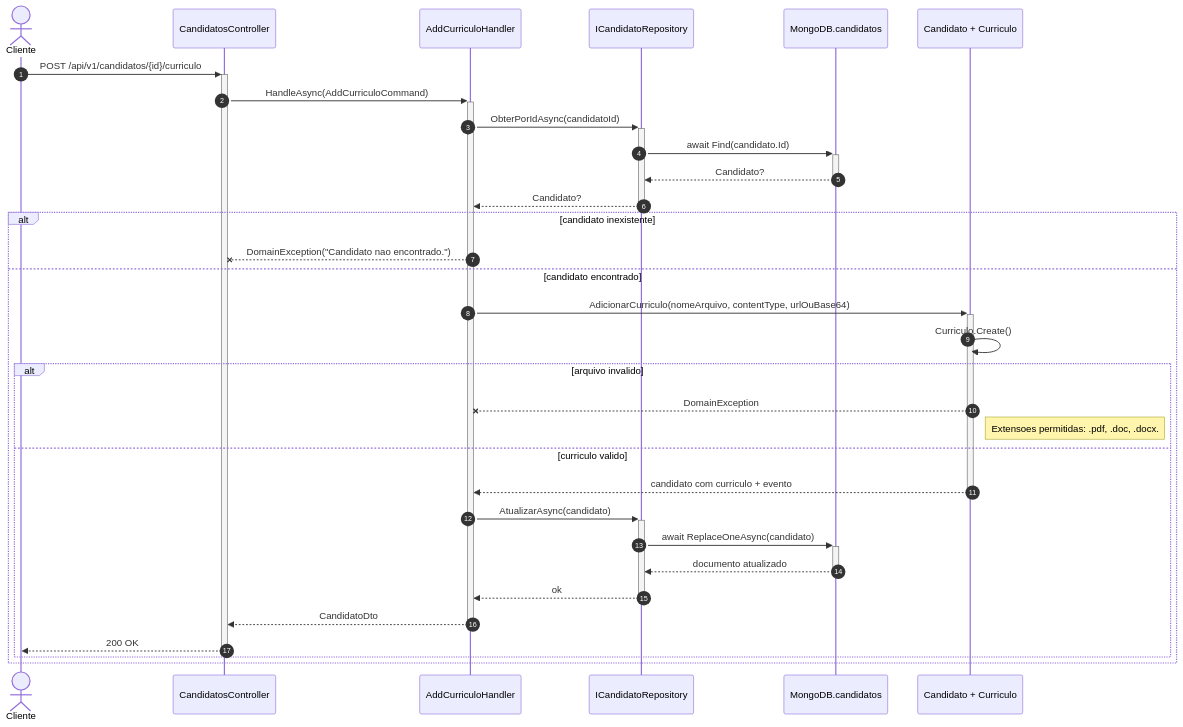
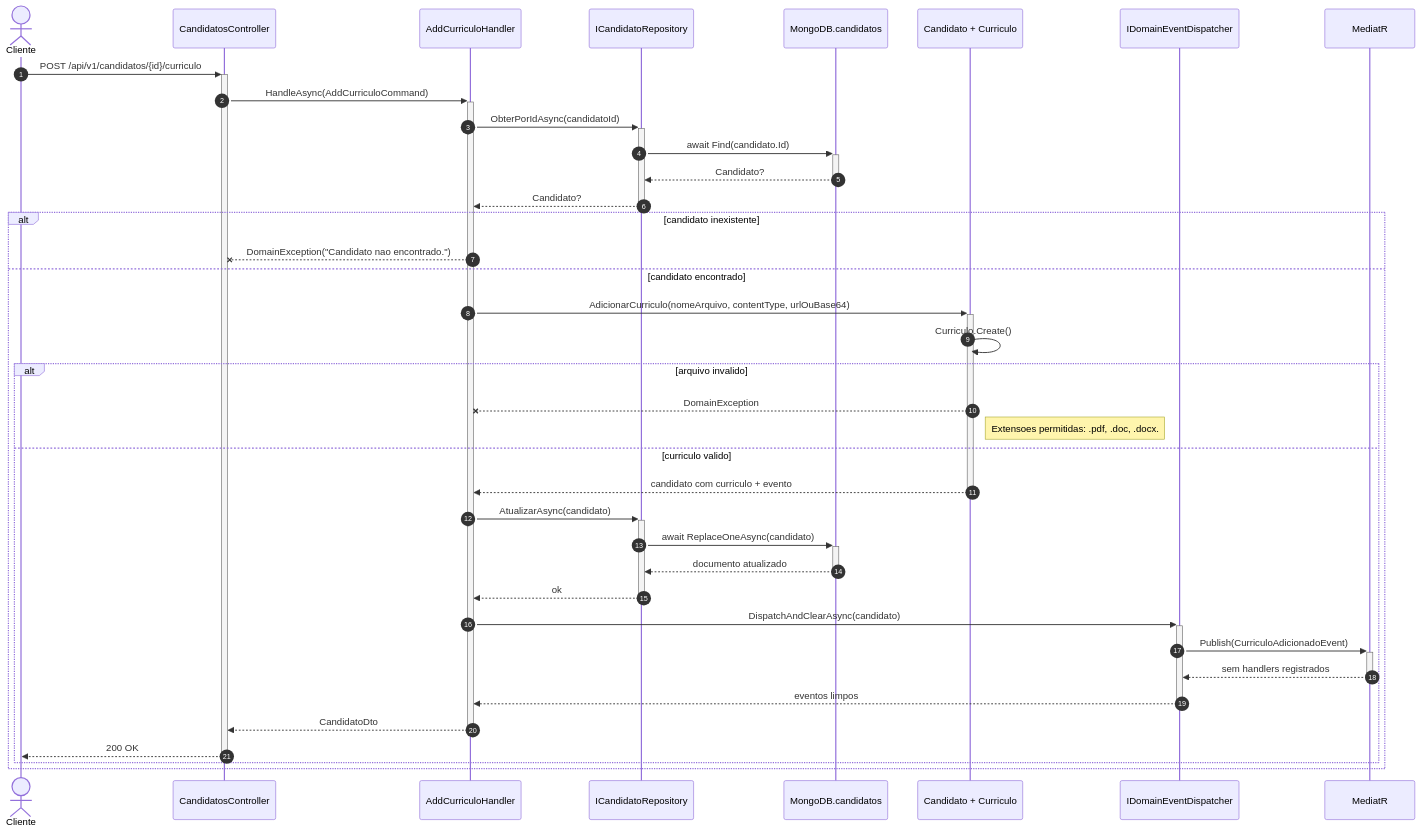
Before and after one commit to MarlonReis/ATS.TalentTrack: the ninth of 14 diagrams in README.md, drawn with Mermaid. The commit also changed other lines of this file, not shown here.

First line of the commit message:
docs(domain-events): atualizar README com documentação dos eventos de domínio

````diff
--- a/README.md
+++ b/README.md
@@ -852,35 +976,41 @@
 ```mermaid
 sequenceDiagram
     autonumber
     actor Cliente
     participant Controller as CandidatosController
     participant Handler as AddCurriculoHandler
     participant Repo as ICandidatoRepository
     participant Mongo as MongoDB.candidatos
     participant Domain as Candidato + Curriculo
+    participant Dispatcher as IDomainEventDispatcher
+    participant Mediator as MediatR
 
     Cliente->>+Controller: POST /api/v1/candidatos/{id}/curriculo
     Controller->>+Handler: HandleAsync(AddCurriculoCommand)
     Handler->>+Repo: ObterPorIdAsync(candidatoId)
     Repo->>+Mongo: await Find(candidato.Id)
     Mongo-->>-Repo: Candidato?
     Repo-->>-Handler: Candidato?
     alt candidato inexistente
         Handler--x Controller: DomainException("Candidato nao encontrado.")
     else candidato encontrado
         Handler->>+Domain: AdicionarCurriculo(nomeArquivo, contentType, urlOuBase64)
         Domain->>Domain: Curriculo.Create()
         alt arquivo invalido
             Domain--x Handler: DomainException
             Note right of Domain: Extensoes permitidas: .pdf, .doc, .docx.
         else curriculo valido
             Domain-->>-Handler: candidato com curriculo + evento
             Handler->>+Repo: AtualizarAsync(candidato)
             Repo->>+Mongo: await ReplaceOneAsync(candidato)
             Mongo-->>-Repo: documento atualizado
             Repo-->>-Handler: ok
+            Handler->>+Dispatcher: DispatchAndClearAsync(candidato)
+            Dispatcher->>+Mediator: Publish(CurriculoAdicionadoEvent)
+            Mediator-->>-Dispatcher: sem handlers registrados
+            Dispatcher-->>-Handler: eventos limpos
             Handler-->>-Controller: CandidatoDto
             Controller-->>-Cliente: 200 OK
         end
     end
 ```
````
